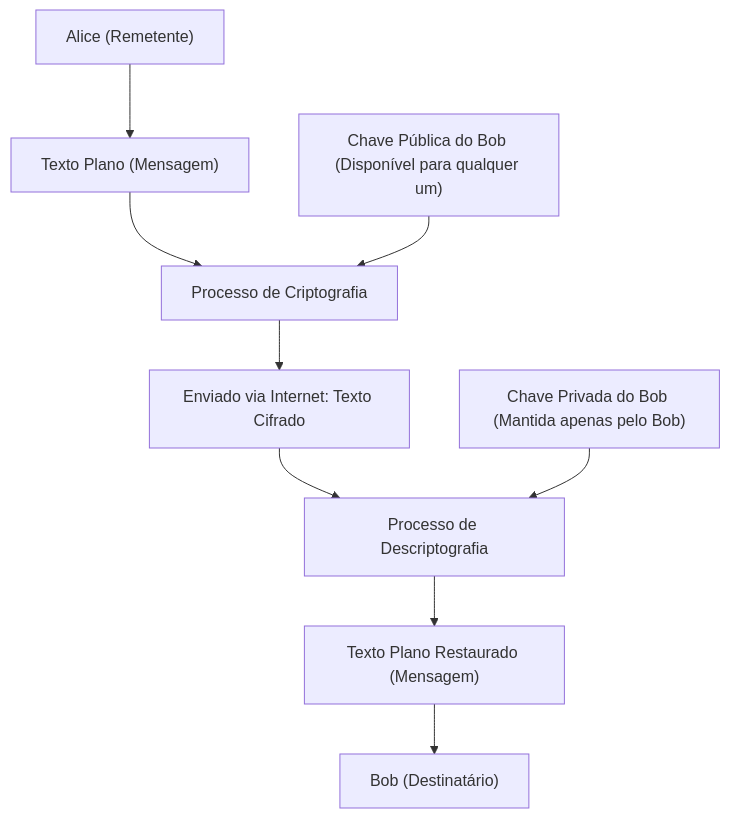
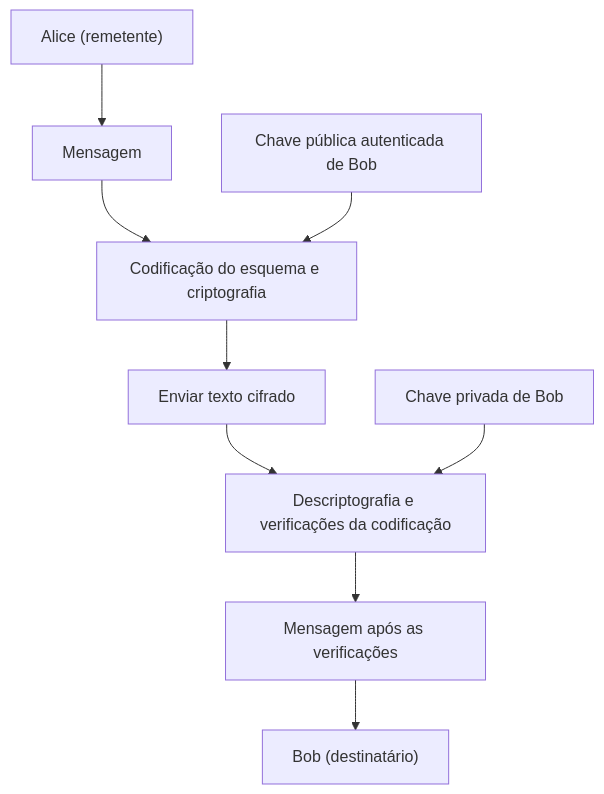
Before and after one commit to kenjinote/blog: the first of 3 diagrams in content/post/rsa暗号の仕組みを高校生でもわかるように説明する/index.pt.md, drawn with Mermaid. The commit also changed other lines of this file and 5 other files, not shown here.

````diff
--- a/content/post/rsa暗号の仕組みを高校生でもわかるように説明する/index.pt.md
+++ b/content/post/rsa暗号の仕組みを高校生でもわかるように説明する/index.pt.md
@@ -45,11 +23,11 @@
 ```mermaid
 graph TD
-    A["Alice (Remetente)"] --> B["Texto Plano (Mensagem)"]
-    B --> C["Processo de Criptografia"]
-    D["Chave Pública do Bob (Disponível para qualquer um)"] --> C
-    C --> E["Enviado via Internet: Texto Cifrado"]
-    E --> F["Processo de Descriptografia"]
-    G["Chave Privada do Bob (Mantida apenas pelo Bob)"] --> F
-    F --> H["Texto Plano Restaurado (Mensagem)"]
-    H --> I["Bob (Destinatário)"]
+    A["Alice (remetente)"] --> B["Mensagem"]
+    B --> C["Codificação do esquema e criptografia"]
+    D["Chave pública autenticada de Bob"] --> C
+    C --> E["Enviar texto cifrado"]
+    E --> F["Descriptografia e verificações da codificação"]
+    G["Chave privada de Bob"] --> F
+    F --> H["Mensagem após as verificações"]
+    H --> I["Bob (destinatário)"]
 ```
````
